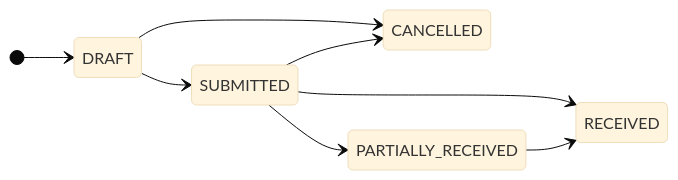
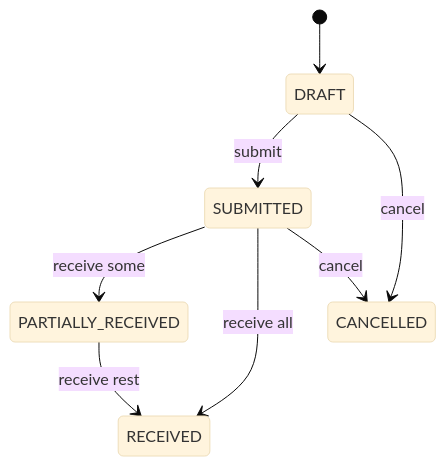
The sixth of 6 diagrams in docs-site/docs/flows/state-machines.md (slawekradzyminski/awesome-localstack), drawn with Mermaid (base theme) before and after one commit. The commit also changed other lines of this file and 19 other files, not shown here.

First line of the commit message:
Review every wiki diagram by eye and redraw the unclear ones

````diff
--- a/docs-site/docs/flows/state-machines.md
+++ b/docs-site/docs/flows/state-machines.md
@@ -97,11 +94,10 @@
 ```mermaid
 stateDiagram-v2
-    direction LR
     [*] --> DRAFT
-    DRAFT --> SUBMITTED
-    DRAFT --> CANCELLED
-    SUBMITTED --> CANCELLED
-    SUBMITTED --> PARTIALLY_RECEIVED
-    SUBMITTED --> RECEIVED
-    PARTIALLY_RECEIVED --> RECEIVED
+    DRAFT --> SUBMITTED: submit
+    SUBMITTED --> PARTIALLY_RECEIVED: receive some
+    PARTIALLY_RECEIVED --> RECEIVED: receive rest
+    SUBMITTED --> RECEIVED: receive all
+    DRAFT --> CANCELLED: cancel
+    SUBMITTED --> CANCELLED: cancel
 ```
````
